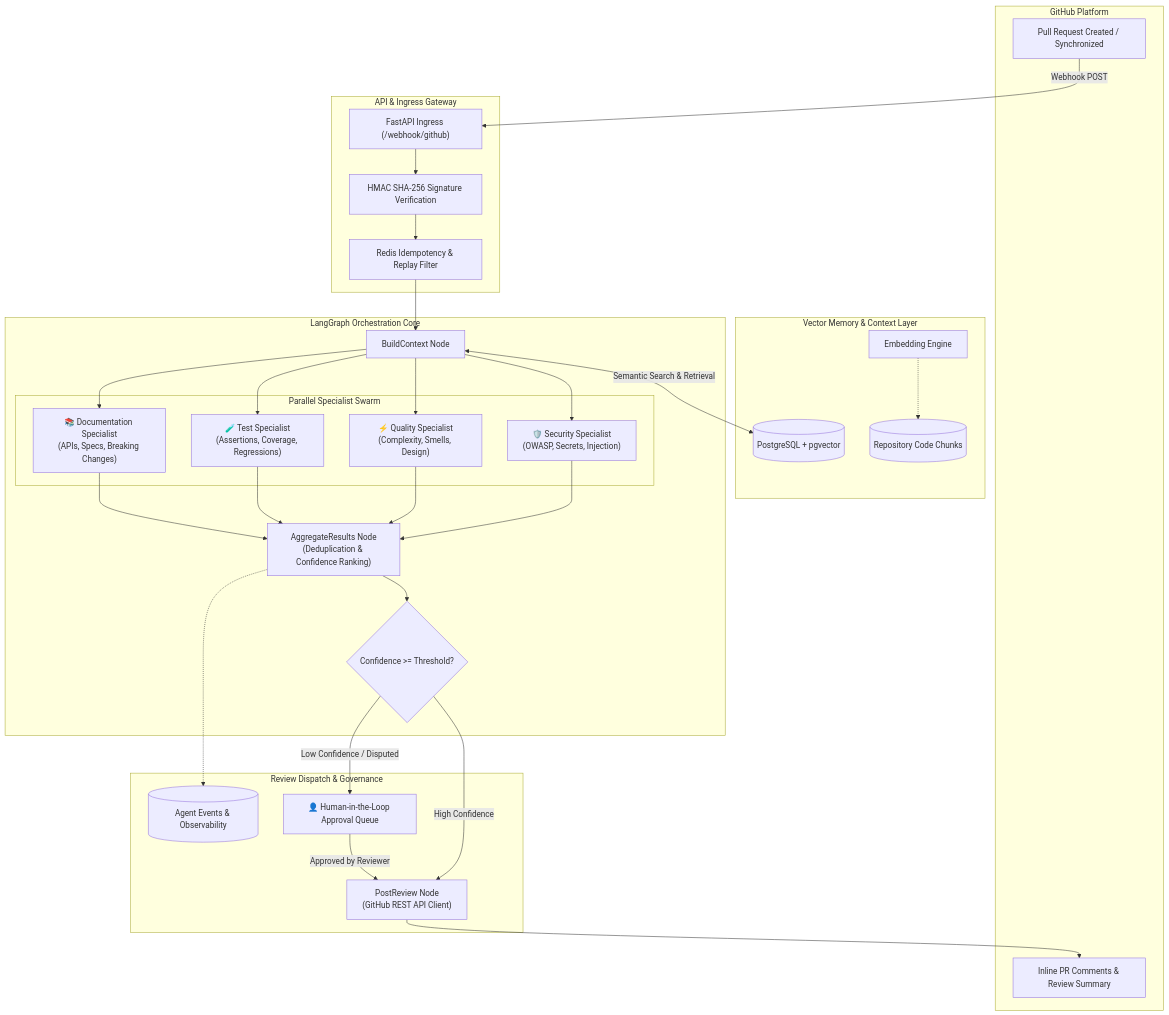
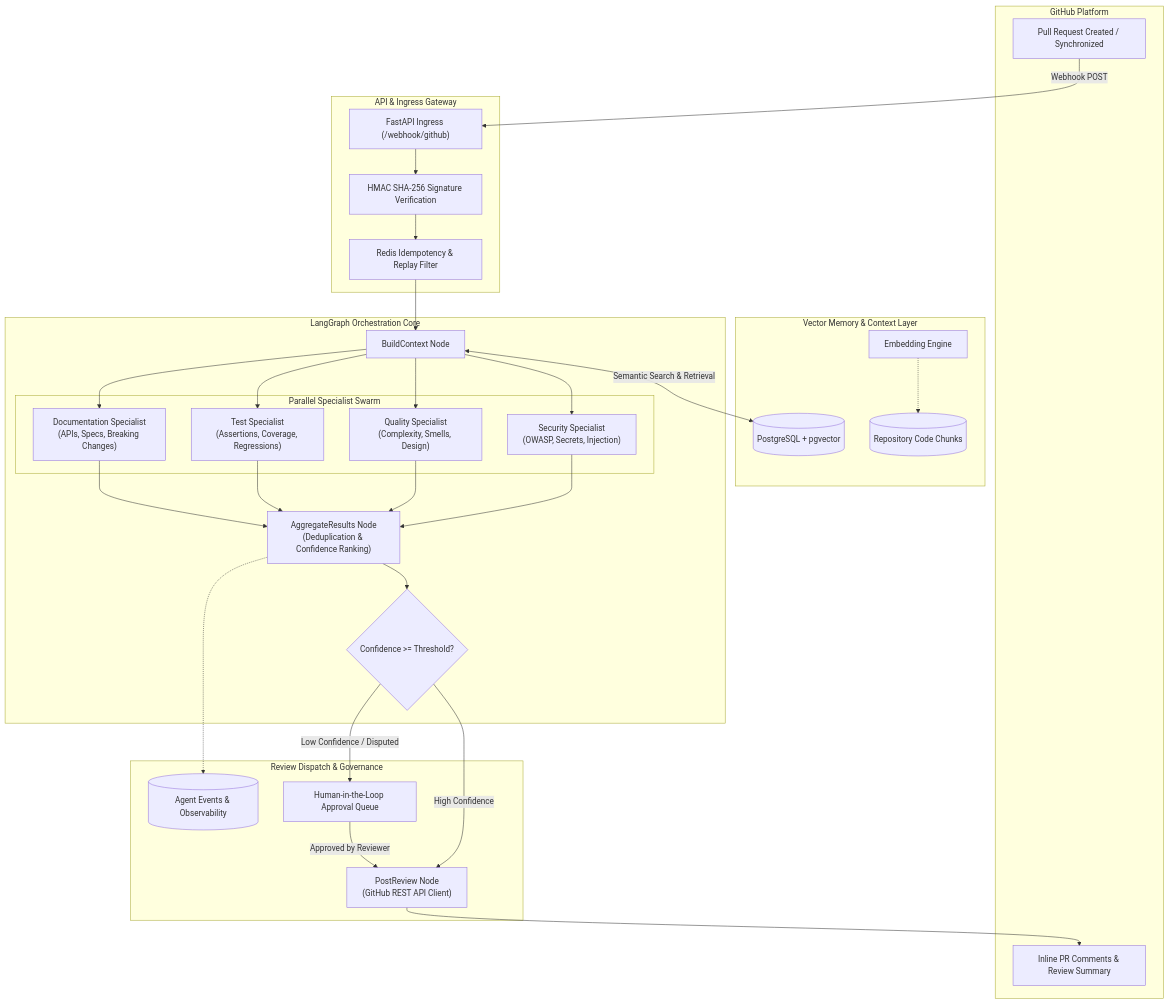
Before and after one commit to krishujeniya/Hadron: the diagram in README.md, drawn with Mermaid. The commit also changed other lines of this file and 23 other files, not shown here.

````diff
--- a/README.md
+++ b/README.md
@@ -36,57 +38,57 @@
 ```mermaid
 flowchart TD
     subgraph GitHub ["GitHub Platform"]
         PR["Pull Request Created / Synchronized"]
         Comment["Inline PR Comments & Review Summary"]
     end
 
     subgraph Ingress ["API & Ingress Gateway"]
         Webhook["FastAPI Ingress (/webhook/github)"]
         HMAC["HMAC SHA-256 Signature Verification"]
         Idempotency["Redis Idempotency & Replay Filter"]
     end
 
     subgraph Memory ["Vector Memory & Context Layer"]
         Chunks[("Repository Code Chunks")]
         Embedder["Embedding Engine"]
         VectorDB[("PostgreSQL + pgvector")]
     end
 
     subgraph Orchestration ["LangGraph Orchestration Core"]
         ContextNode["BuildContext Node"]
         
         subgraph Agents ["Parallel Specialist Swarm"]
-            SecAgent["🛡️ Security Specialist\n(OWASP, Secrets, Injection)"]
-            QualAgent["⚡ Quality Specialist\n(Complexity, Smells, Design)"]
-            TestAgent["🧪 Test Specialist\n(Assertions, Coverage, Regressions)"]
-            DocAgent["📚 Documentation Specialist\n(APIs, Specs, Breaking Changes)"]
+            SecAgent["Security Specialist\n(OWASP, Secrets, Injection)"]
+            QualAgent["Quality Specialist\n(Complexity, Smells, Design)"]
+            TestAgent["Test Specialist\n(Assertions, Coverage, Regressions)"]
+            DocAgent["Documentation Specialist\n(APIs, Specs, Breaking Changes)"]
         end
 
         AggregateNode["AggregateResults Node\n(Deduplication & Confidence Ranking)"]
         RouterNode{"Confidence >= Threshold?"}
     end
 
     subgraph Delivery ["Review Dispatch & Governance"]
-        HITLQueue["👤 Human-in-the-Loop Approval Queue"]
+        HITLQueue["Human-in-the-Loop Approval Queue"]
         PostNode["PostReview Node\n(GitHub REST API Client)"]
         EventsDB[("Agent Events & Observability")]
     end
 
     PR -->|Webhook POST| Webhook
     Webhook --> HMAC --> Idempotency
     Idempotency --> ContextNode
     
     ContextNode <-->|Semantic Search & Retrieval| VectorDB
     Embedder -.-> Chunks
     
     ContextNode --> SecAgent & QualAgent & TestAgent & DocAgent
     SecAgent & QualAgent & TestAgent & DocAgent --> AggregateNode
     
     AggregateNode --> RouterNode
     RouterNode -->|High Confidence| PostNode
     RouterNode -->|Low Confidence / Disputed| HITLQueue
     HITLQueue -->|Approved by Reviewer| PostNode
     
     PostNode --> Comment
     AggregateNode -.-> EventsDB
 ```
````
